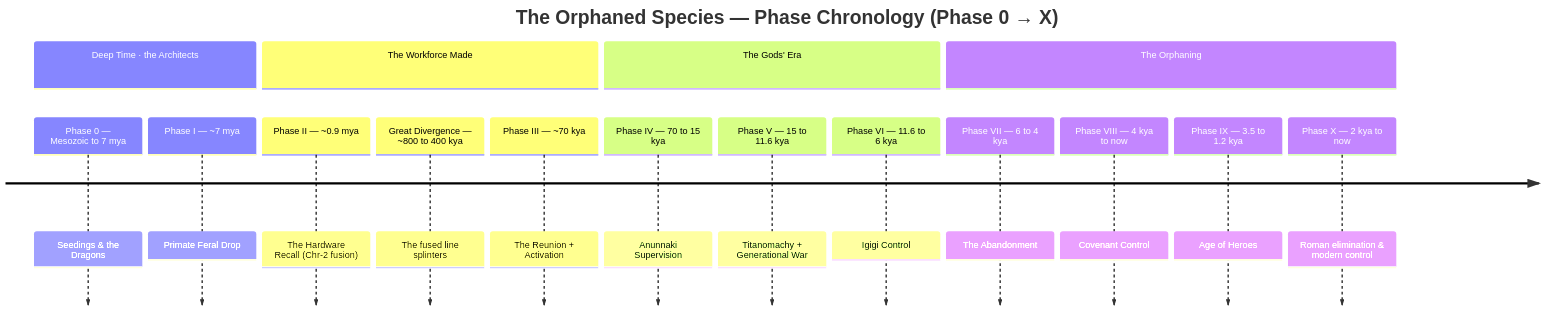
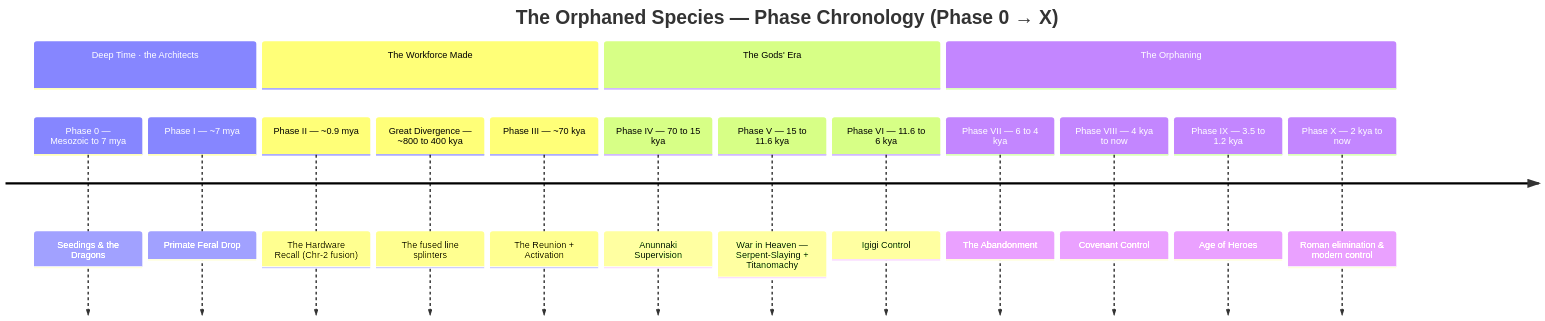
One commit to DoctorKhan/The-Orphaned-Species changed the first of 2 diagrams in 00_MASTER_TIMELINE.md. Above: the diagram before and after it, drawn with Mermaid. The commit also changed other lines of this file and 1 other file, not shown here.

````diff
--- a/00_MASTER_TIMELINE.md
+++ b/00_MASTER_TIMELINE.md
@@ -121,20 +169,20 @@
 ```mermaid
 timeline
     title The Orphaned Species — Phase Chronology (Phase 0 → X)
     section Deep Time · the Architects
         Phase 0 — Mesozoic to 7 mya : Seedings & the Dragons
         Phase I — ~7 mya : Primate Feral Drop
     section The Workforce Made
         Phase II — ~0.9 mya : The Hardware Recall (Chr-2 fusion)
         Great Divergence — ~800 to 400 kya : The fused line splinters
         Phase III — ~70 kya : The Reunion + Activation
     section The Gods' Era
         Phase IV — 70 to 15 kya : Anunnaki Supervision
-        Phase V — 15 to 11.6 kya : Titanomachy + Generational War
+        Phase V — 15 to 11.6 kya : War in Heaven — Serpent-Slaying + Titanomachy
         Phase VI — 11.6 to 6 kya : Igigi Control
     section The Orphaning
         Phase VII — 6 to 4 kya : The Abandonment
         Phase VIII — 4 kya to now : Covenant Control
         Phase IX — 3.5 to 1.2 kya : Age of Heroes
         Phase X — 2 kya to now : Roman elimination & modern control
 ```
````
